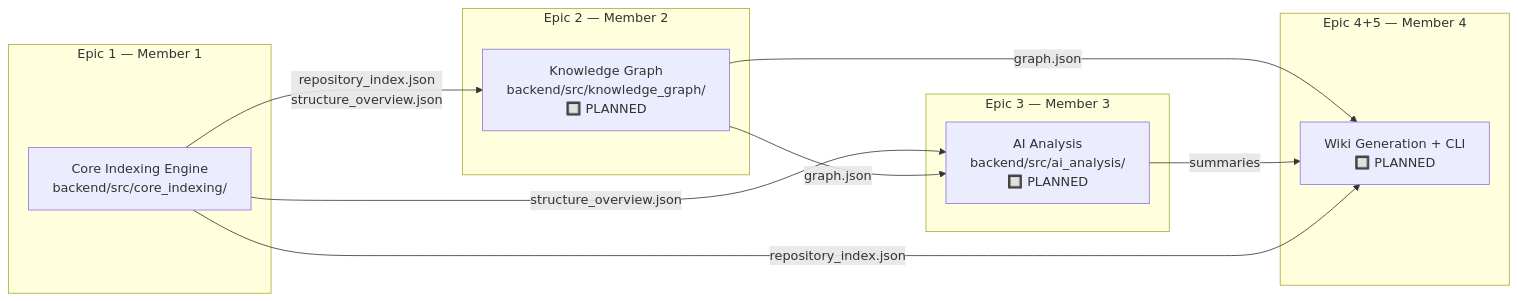
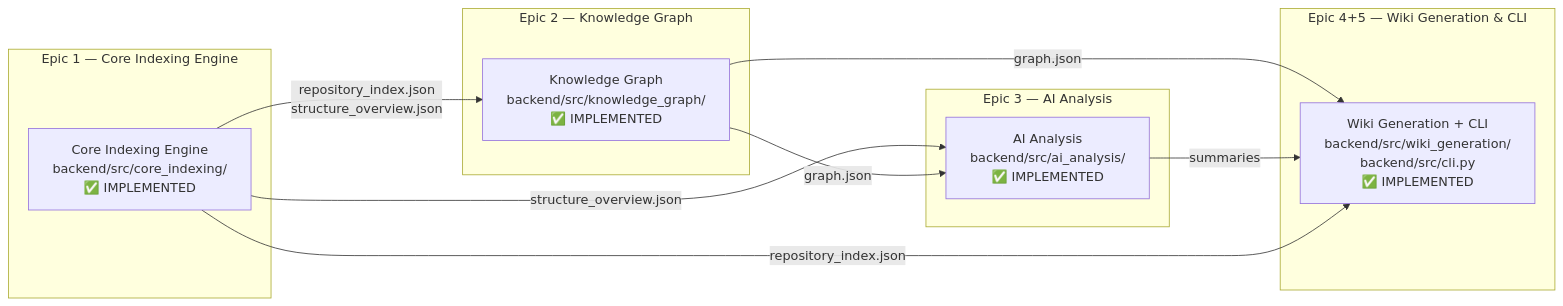
The diagram in docs/project-understanding/modules.md (DarkKing335/Wiki-Generation), drawn with Mermaid before and after one commit. The commit also changed other lines of this file and 16 other files, not shown here.

Commit message:
feat: implement full repository documentation generation pipeline including automated AST indexing and static M3 site rendering

````diff
--- a/docs/project-understanding/modules.md
+++ b/docs/project-understanding/modules.md
@@ -28,25 +28,25 @@
 ```mermaid
 graph LR
-    subgraph "Epic 1 — Member 1"
-        M1["Core Indexing Engine\nbackend/src/core_indexing/"]
+    subgraph "Epic 1 — Core Indexing Engine"
+        M1["Core Indexing Engine\nbackend/src/core_indexing/\n✅ IMPLEMENTED"]
     end
 
-    subgraph "Epic 2 — Member 2"
-        M2["Knowledge Graph\nbackend/src/knowledge_graph/\n🔲 PLANNED"]
+    subgraph "Epic 2 — Knowledge Graph"
+        M2["Knowledge Graph\nbackend/src/knowledge_graph/\n✅ IMPLEMENTED"]
     end
 
-    subgraph "Epic 3 — Member 3"
-        M3["AI Analysis\nbackend/src/ai_analysis/\n🔲 PLANNED"]
+    subgraph "Epic 3 — AI Analysis"
+        M3["AI Analysis\nbackend/src/ai_analysis/\n✅ IMPLEMENTED"]
     end
 
-    subgraph "Epic 4+5 — Member 4"
-        M4["Wiki Generation + CLI\n🔲 PLANNED"]
+    subgraph "Epic 4+5 — Wiki Generation & CLI"
+        M4["Wiki Generation + CLI\nbackend/src/wiki_generation/\nbackend/src/cli.py\n✅ IMPLEMENTED"]
     end
 
     M1 -->|"repository_index.json\nstructure_overview.json"| M2
     M1 -->|"structure_overview.json"| M3
     M2 -->|"graph.json"| M3
     M2 -->|"graph.json"| M4
     M3 -->|"summaries"| M4
     M1 -->|"repository_index.json"| M4
 ```
````
